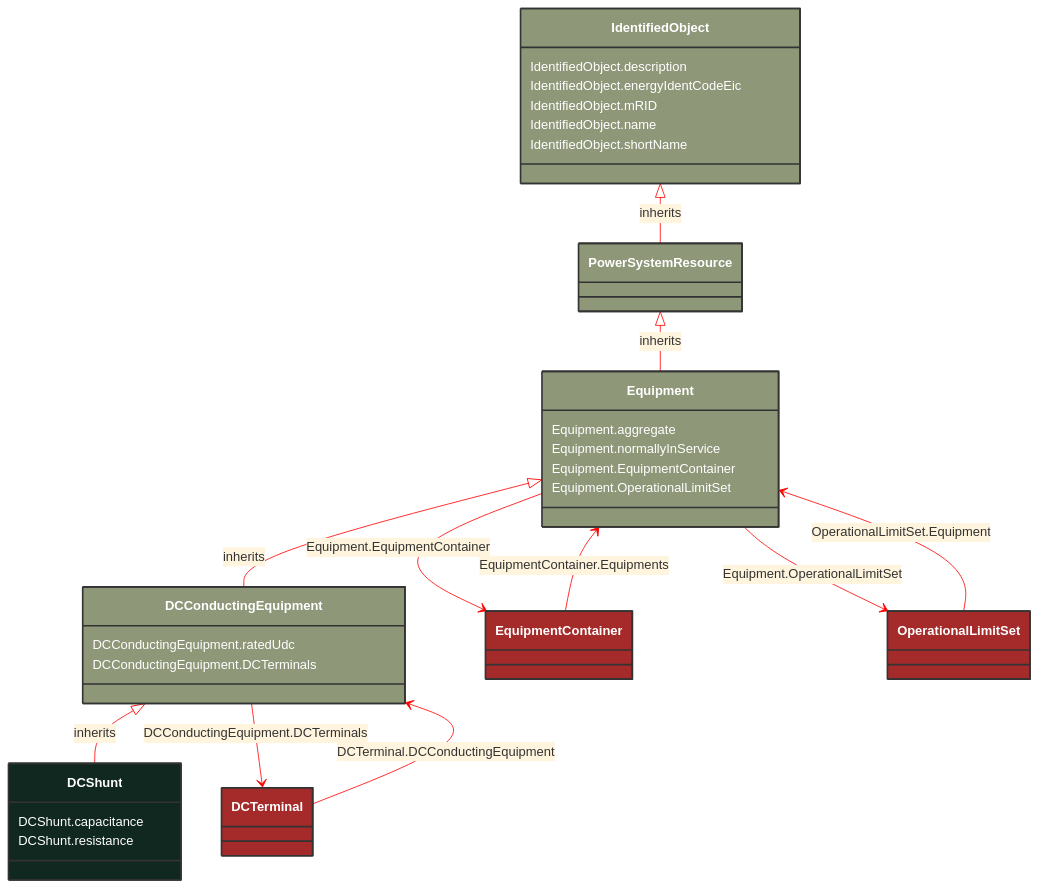
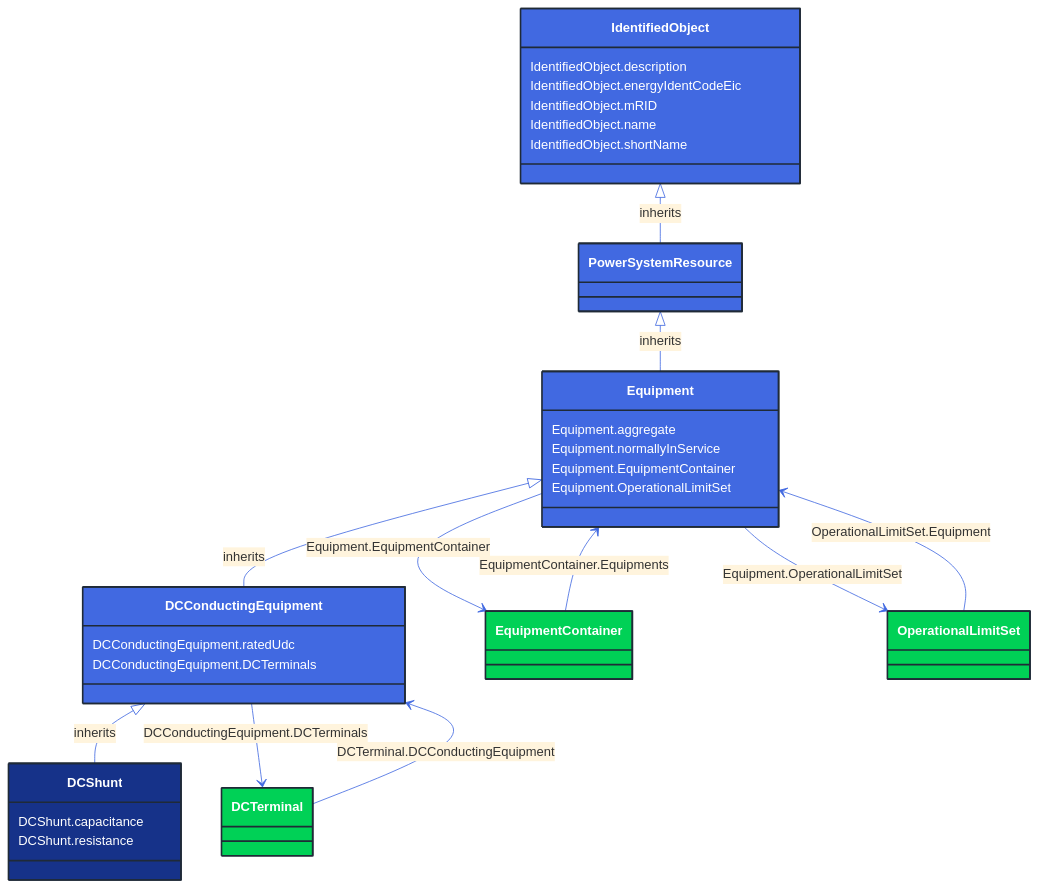
Before and after one commit to 3lbits/NoCIMExtensions: the diagram in docs/Models/Profiles/CoreEquipment/ConcreteClasses/DCShunt.md, drawn with Mermaid. The commit also changed 362 other files, not shown here.

First line of the commit message:
Update diagrams and styles for improved visual consistency

````diff
--- a/docs/Models/Profiles/CoreEquipment/ConcreteClasses/DCShunt.md
+++ b/docs/Models/Profiles/CoreEquipment/ConcreteClasses/DCShunt.md
@@ -8,72 +8,72 @@
 ```mermaid
-%%{init: {'theme':'base','themeVariables': {'lineColor': '#FF0000'}}}%%
+%%{init: {'theme':'base','themeVariables': {'lineColor': '#4169E1'}}}%%
 classDiagram
     class DCShunt
     click DCShunt href "/Models/Profiles/CoreEquipment/ConcreteClasses/DCShunt/"
-    style DCShunt fill:#102820,stroke:#333,stroke-width:2px,rx:10,ry:10,color:white
+    style DCShunt fill:#163289,stroke:#1F2A37,stroke-width:2px,rx:10,ry:10,color:white
      
         DCConductingEquipment <|-- DCShunt : inherits
             click DCConductingEquipment href "/Models/Profiles/CoreEquipment/AbstractClasses/DCConductingEquipment/"
-            style DCConductingEquipment fill:#8F9779,stroke:#333,stroke-width:2px,rx:10,ry:10,color:white
+            style DCConductingEquipment fill:#4169E1,stroke:#1F2A37,stroke-width:2px,rx:10,ry:10,color:white
      
         Equipment <|-- DCConductingEquipment : inherits
             click Equipment href "/Models/Profiles/CoreEquipment/AbstractClasses/Equipment/"
-            style Equipment fill:#8F9779,stroke:#333,stroke-width:2px,rx:10,ry:10,color:white
+            style Equipment fill:#4169E1,stroke:#1F2A37,stroke-width:2px,rx:10,ry:10,color:white
      
         PowerSystemResource <|-- Equipment : inherits
             click PowerSystemResource href "/Models/Profiles/CoreEquipment/AbstractClasses/PowerSystemResource/"
-            style PowerSystemResource fill:#8F9779,stroke:#333,stroke-width:2px,rx:10,ry:10,color:white
+            style PowerSystemResource fill:#4169E1,stroke:#1F2A37,stroke-width:2px,rx:10,ry:10,color:white
      
         IdentifiedObject <|-- PowerSystemResource : inherits
             click IdentifiedObject href "/Models/Profiles/CoreEquipment/AbstractClasses/IdentifiedObject/"
-            style IdentifiedObject fill:#8F9779,stroke:#333,stroke-width:2px,rx:10,ry:10,color:white
+            style IdentifiedObject fill:#4169E1,stroke:#1F2A37,stroke-width:2px,rx:10,ry:10,color:white
 
         DCConductingEquipment --> DCTerminal : DCConductingEquipment.DCTerminals
 
         DCTerminal
             click DCTerminal href "/Models/Profiles/CoreEquipment/ConcreteClasses/DCTerminal/"
-            style DCTerminal fill:#A52A2A,stroke:#333,stroke-width:2px,rx:10,ry:10,color:white
+            style DCTerminal fill:#00D156,stroke:#1F2A37,stroke-width:2px,rx:10,ry:10,color:white
         Equipment --> EquipmentContainer : Equipment.EquipmentContainer
 
         EquipmentContainer
             click EquipmentContainer href "/Models/Profiles/CoreEquipment/AbstractClasses/EquipmentContainer/"
-            style EquipmentContainer fill:#A52A2A,stroke:#333,stroke-width:2px,rx:10,ry:10,color:white
+            style EquipmentContainer fill:#00D156,stroke:#1F2A37,stroke-width:2px,rx:10,ry:10,color:white
         Equipment --> OperationalLimitSet : Equipment.OperationalLimitSet
 
         OperationalLimitSet
             click OperationalLimitSet href "/Models/Profiles/CoreEquipment/ConcreteClasses/OperationalLimitSet/"
-            style OperationalLimitSet fill:#A52A2A,stroke:#333,stroke-width:2px,rx:10,ry:10,color:white
+            style OperationalLimitSet fill:#00D156,stroke:#1F2A37,stroke-width:2px,rx:10,ry:10,color:white
 
         DCTerminal --> DCConductingEquipment : DCTerminal.DCConductingEquipment
 
         DCTerminal
             click DCTerminal href "/Models/Profiles/CoreEquipment/ConcreteClasses/DCTerminal/"
-            style DCTerminal fill:#A52A2A,stroke:#333,stroke-width:2px,rx:10,ry:10,color:white
+            style DCTerminal fill:#00D156,stroke:#1F2A37,stroke-width:2px,rx:10,ry:10,color:white
 
         EquipmentContainer --> Equipment : EquipmentContainer.Equipments
 
         EquipmentContainer
             click EquipmentContainer href "/Models/Profiles/CoreEquipment/AbstractClasses/EquipmentContainer/"
-            style EquipmentContainer fill:#A52A2A,stroke:#333,stroke-width:2px,rx:10,ry:10,color:white
+            style EquipmentContainer fill:#00D156,stroke:#1F2A37,stroke-width:2px,rx:10,ry:10,color:white
 
         OperationalLimitSet --> Equipment : OperationalLimitSet.Equipment
 
         OperationalLimitSet
             click OperationalLimitSet href "/Models/Profiles/CoreEquipment/ConcreteClasses/OperationalLimitSet/"
-            style OperationalLimitSet fill:#A52A2A,stroke:#333,stroke-width:2px,rx:10,ry:10,color:white
+            style OperationalLimitSet fill:#00D156,stroke:#1F2A37,stroke-width:2px,rx:10,ry:10,color:white
 
 
         DCShunt : DCShunt.capacitance
         DCShunt : DCShunt.resistance
         DCConductingEquipment : DCConductingEquipment.ratedUdc
         DCConductingEquipment : DCConductingEquipment.DCTerminals
         Equipment : Equipment.aggregate
         Equipment : Equipment.normallyInService
         Equipment : Equipment.EquipmentContainer
         Equipment : Equipment.OperationalLimitSet
         IdentifiedObject : IdentifiedObject.description
         IdentifiedObject : IdentifiedObject.energyIdentCodeEic
         IdentifiedObject : IdentifiedObject.mRID
         IdentifiedObject : IdentifiedObject.name
         IdentifiedObject : IdentifiedObject.shortName
 ```
````
